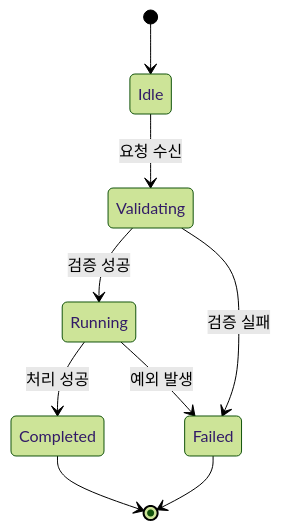
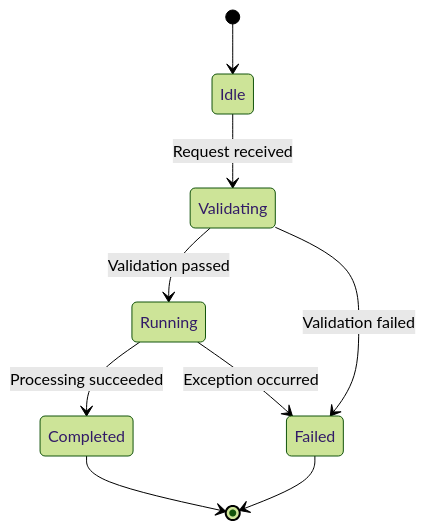
One commit to gihwan-dev/claude-setup changed the third of 3 diagrams in skills/korean-cognitive-code-explainer/references/visualization-playbook.md. Above: the diagram before and after it, drawn with Mermaid (forest theme). The commit also changed other lines of this file and 153 other files, not shown here.

````diff
--- a/skills/korean-cognitive-code-explainer/references/visualization-playbook.md
+++ b/skills/korean-cognitive-code-explainer/references/visualization-playbook.md
@@ -40,11 +40,11 @@
 ```mermaid
 stateDiagram-v2
   [*] --> Idle
-  Idle --> Validating: 요청 수신
-  Validating --> Running: 검증 성공
-  Validating --> Failed: 검증 실패
-  Running --> Completed: 처리 성공
-  Running --> Failed: 예외 발생
+  Idle --> Validating: Request received
+  Validating --> Running: Validation passed
+  Validating --> Failed: Validation failed
+  Running --> Completed: Processing succeeded
+  Running --> Failed: Exception occurred
   Completed --> [*]
   Failed --> [*]
 ```
````
